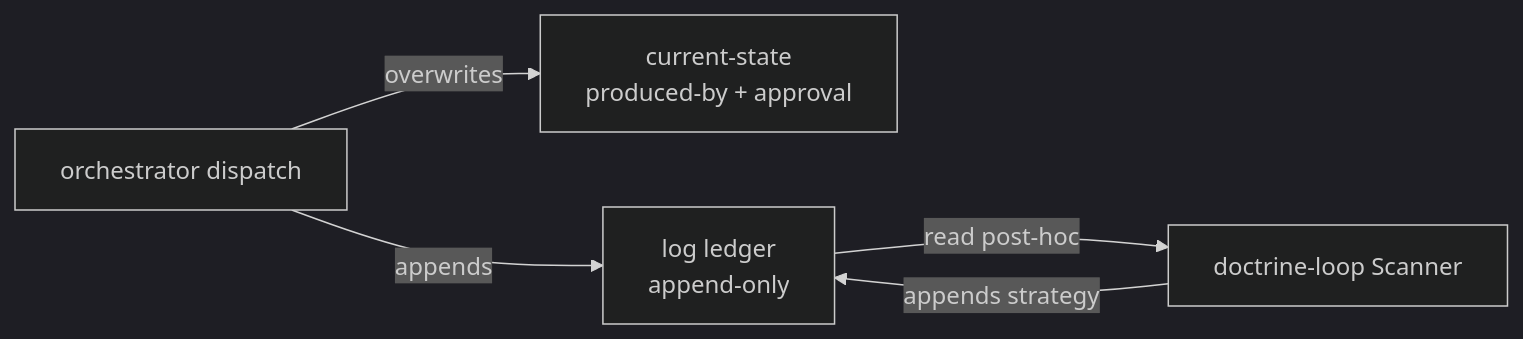
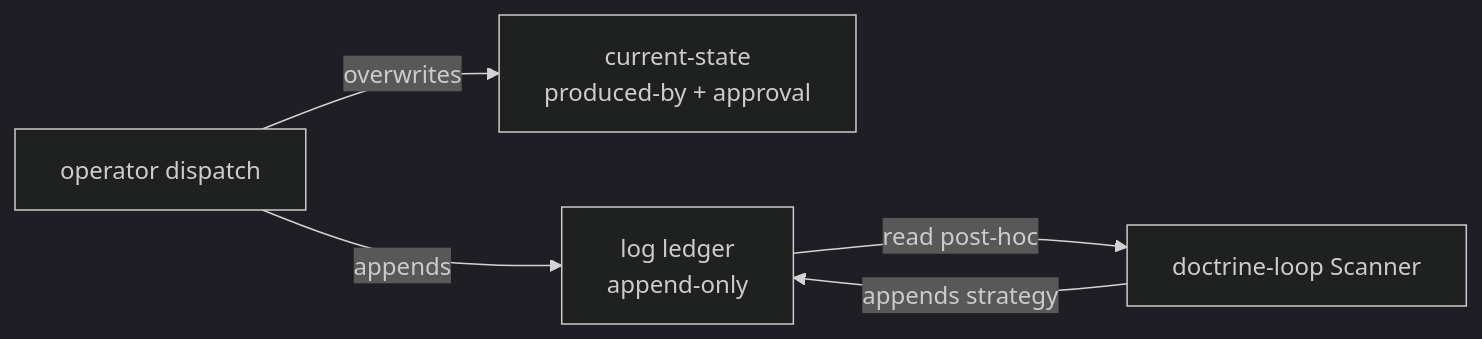
One commit to cyberuni/cyberplace changed the second of 2 diagrams in artifacts/specs/sdd-provenance/spec.md. Above: the diagram before and after it, drawn with Mermaid (dark theme). The commit also changed other lines of this file and 86 other files, not shown here.

First line of the commit message:
refactor(sdd): complete the sdd-orchestrator → sdd-operator cutover

````diff
--- a/artifacts/specs/sdd-provenance/spec.md
+++ b/artifacts/specs/sdd-provenance/spec.md
@@ -128,7 +128,7 @@
 ```mermaid
 flowchart LR
-  disp[orchestrator dispatch] -->|overwrites| state[current-state<br/>produced-by + approval]
+  disp[operator dispatch] -->|overwrites| state[current-state<br/>produced-by + approval]
   disp -->|appends| log[log ledger<br/>append-only]
   log -->|read post-hoc| scanner[doctrine-loop Scanner]
   scanner -->|appends strategy| log
 ```
````
